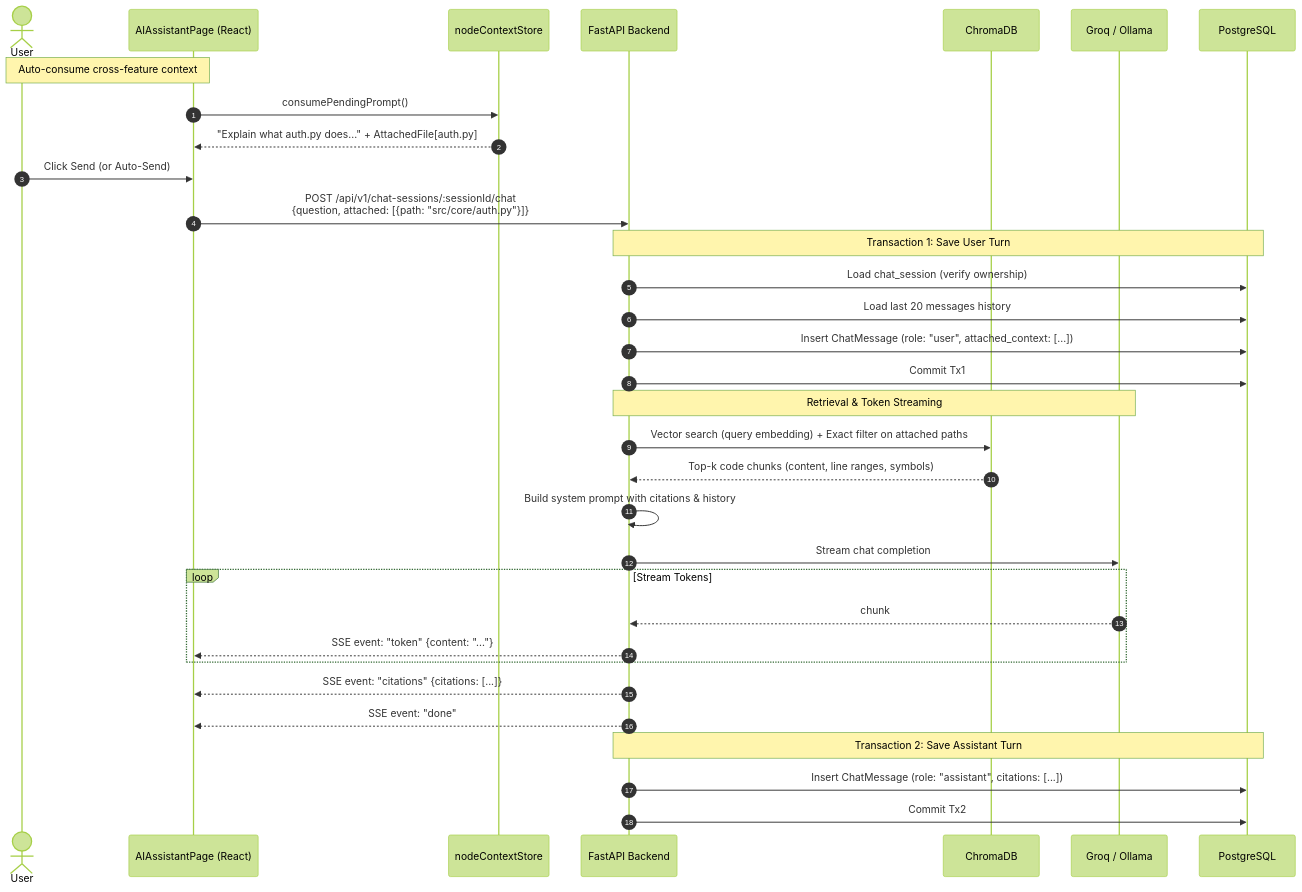
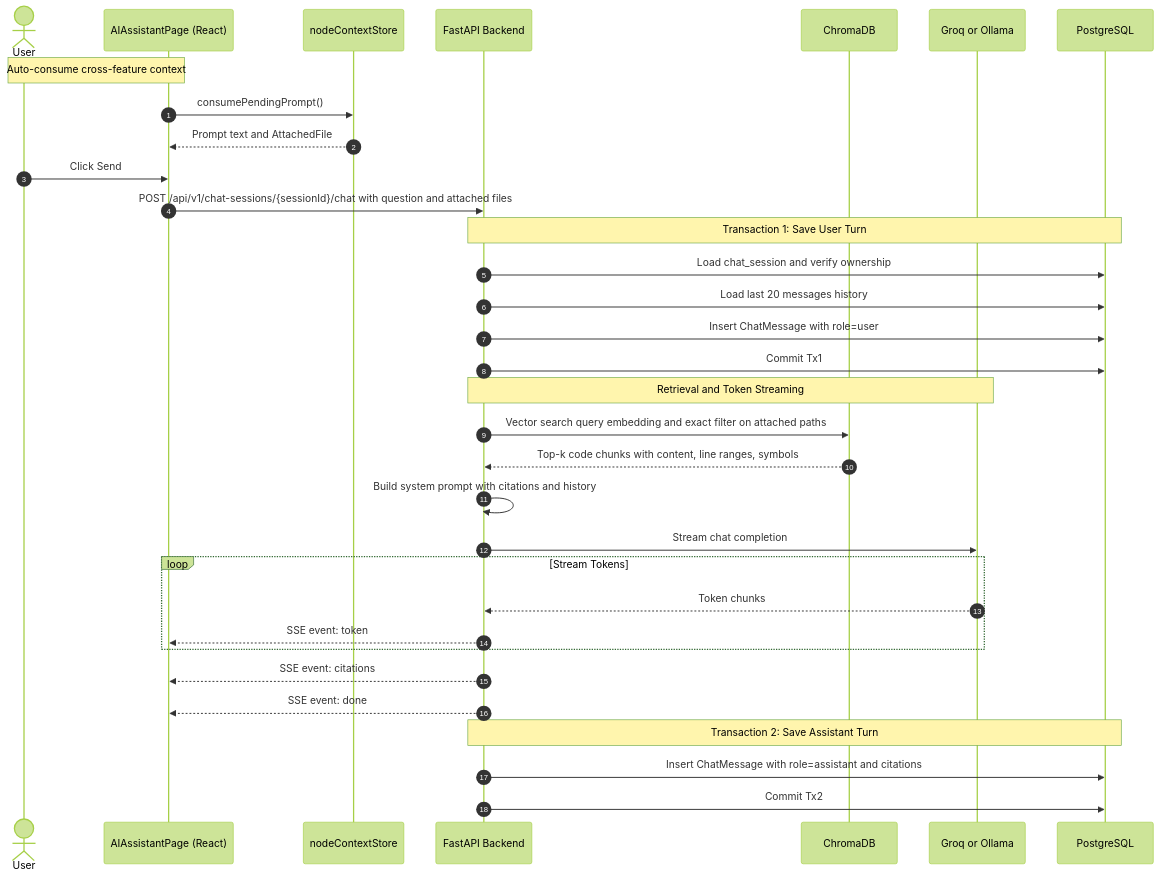
Before and after one commit to nikhil-87/CodeSensei: the third of 3 diagrams in vault/07-user-flows.md, drawn with Mermaid (forest theme). The commit also changed other lines of this file and 25 other files, not shown here.

Commit message:
docs: initialize comprehensive technical documentation, architecture diagrams, and verification guides in vault and docs directories

````diff
--- a/vault/07-user-flows.md
+++ b/vault/07-user-flows.md
@@ -121,41 +121,41 @@
 ```mermaid
 sequenceDiagram
     autonumber
     actor User
     participant ChatUI as AIAssistantPage (React)
     participant Store as nodeContextStore
     participant API as FastAPI Backend
     participant Chroma as ChromaDB
-    participant LLM as Groq / Ollama
+    participant LLM as Groq or Ollama
     participant DB as PostgreSQL
 
     Note over User,ChatUI: Auto-consume cross-feature context
     ChatUI->>Store: consumePendingPrompt()
-    Store-->>ChatUI: "Explain what auth.py does..." + AttachedFile[auth.py]
+    Store-->>ChatUI: Prompt text and AttachedFile
     
-    User->>ChatUI: Click Send (or Auto-Send)
-    ChatUI->>API: POST /api/v1/chat-sessions/:sessionId/chat<br/>{question, attached: [{path: "src/core/auth.py"}]}
+    User->>ChatUI: Click Send
+    ChatUI->>API: POST /api/v1/chat-sessions/{sessionId}/chat with question and attached files
     
     Note over API,DB: Transaction 1: Save User Turn
-    API->>DB: Load chat_session (verify ownership)
+    API->>DB: Load chat_session and verify ownership
     API->>DB: Load last 20 messages history
-    API->>DB: Insert ChatMessage (role: "user", attached_context: [...])
+    API->>DB: Insert ChatMessage with role=user
     API->>DB: Commit Tx1
     
-    Note over API,LLM: Retrieval & Token Streaming
-    API->>Chroma: Vector search (query embedding) + Exact filter on attached paths
-    Chroma-->>API: Top-k code chunks (content, line ranges, symbols)
-    API->>API: Build system prompt with citations & history
+    Note over API,LLM: Retrieval and Token Streaming
+    API->>Chroma: Vector search query embedding and exact filter on attached paths
+    Chroma-->>API: Top-k code chunks with content, line ranges, symbols
+    API->>API: Build system prompt with citations and history
     API->>LLM: Stream chat completion
     
     loop Stream Tokens
-        LLM-->>API: chunk
-        API-->>ChatUI: SSE event: "token" {content: "..."}
+        LLM-->>API: Token chunks
+        API-->>ChatUI: SSE event: token
     end
-    API-->>ChatUI: SSE event: "citations" {citations: [...]}
-    API-->>ChatUI: SSE event: "done"
+    API-->>ChatUI: SSE event: citations
+    API-->>ChatUI: SSE event: done
     
     Note over API,DB: Transaction 2: Save Assistant Turn
-    API->>DB: Insert ChatMessage (role: "assistant", citations: [...])
+    API->>DB: Insert ChatMessage with role=assistant and citations
     API->>DB: Commit Tx2
 ```
````
